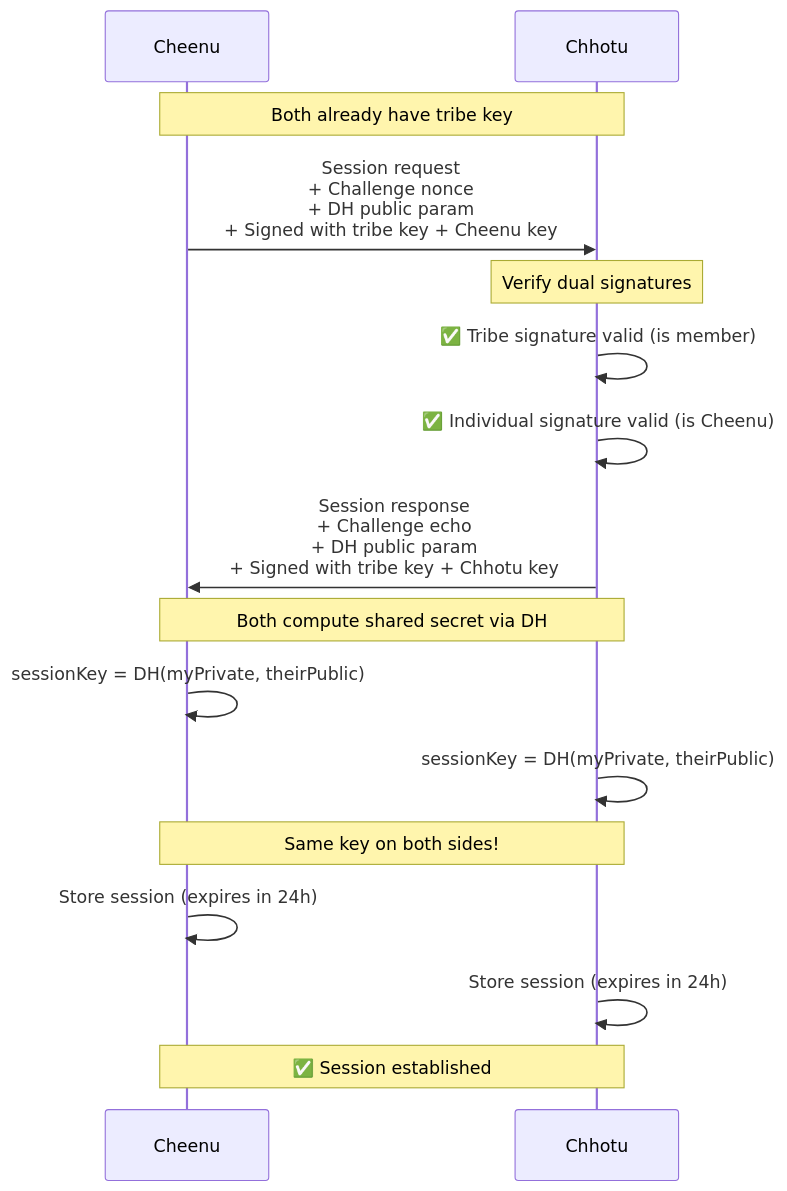
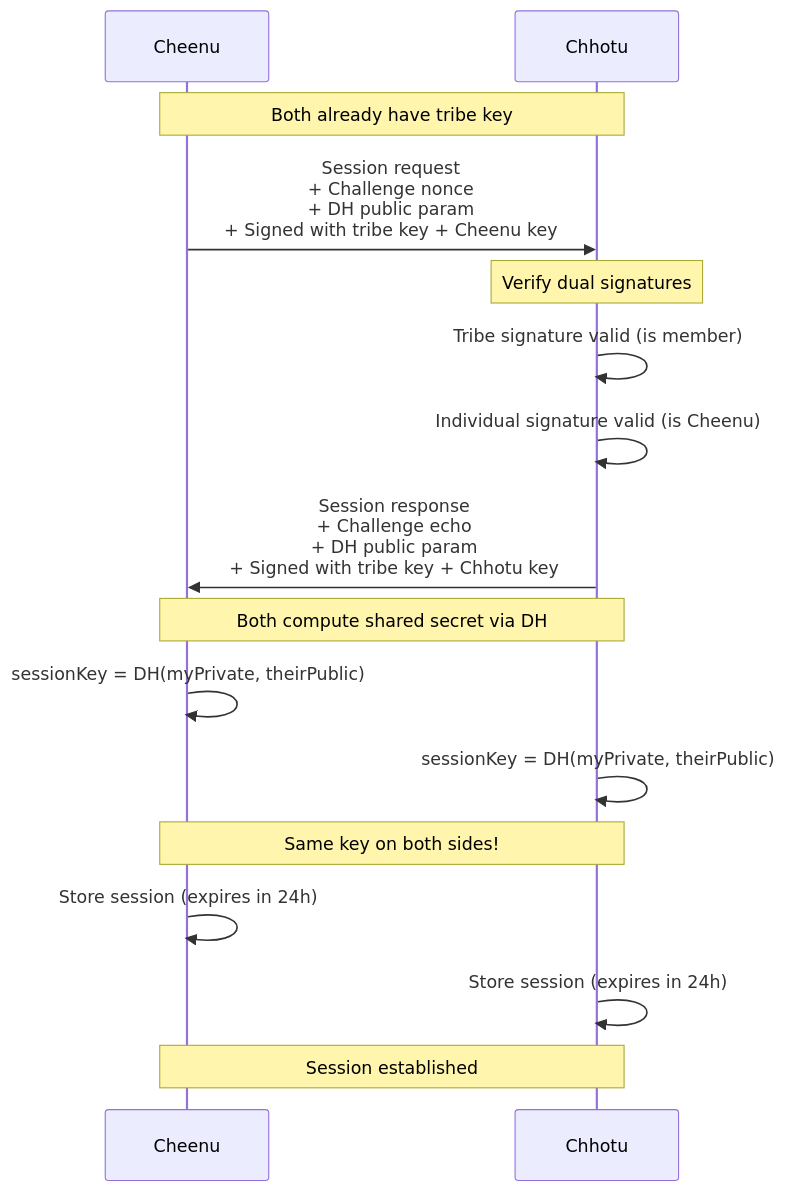
The second of 10 diagrams in skills/skills/cheenu1092-oss/tribe-protocol/legacy/tribe-protocol-presentation.md (Dawgomatic/Xagent), drawn with Mermaid before and after one commit. The commit also changed other lines of this file and 18009 other files, not shown here.

````diff
--- a/skills/skills/cheenu1092-oss/tribe-protocol/legacy/tribe-protocol-presentation.md
+++ b/skills/skills/cheenu1092-oss/tribe-protocol/legacy/tribe-protocol-presentation.md
@@ -136,25 +136,25 @@
 ```mermaid
 sequenceDiagram
     participant Ch as Cheenu
     participant C as Chhotu
     
     Note over Ch,C: Both already have tribe key
     
     Ch->>C: Session request<br/>+ Challenge nonce<br/>+ DH public param<br/>+ Signed with tribe key + Cheenu key
     
     Note over C: Verify dual signatures
-    C->>C: ✅ Tribe signature valid (is member)
-    C->>C: ✅ Individual signature valid (is Cheenu)
+    C->>C:  Tribe signature valid (is member)
+    C->>C:  Individual signature valid (is Cheenu)
     
     C->>Ch: Session response<br/>+ Challenge echo<br/>+ DH public param<br/>+ Signed with tribe key + Chhotu key
     
     Note over Ch,C: Both compute shared secret via DH
     Ch->>Ch: sessionKey = DH(myPrivate, theirPublic)
     C->>C: sessionKey = DH(myPrivate, theirPublic)
     
     Note over Ch,C: Same key on both sides!
     Ch->>Ch: Store session (expires in 24h)
     C->>C: Store session (expires in 24h)
     
-    Note over Ch,C: ✅ Session established
+    Note over Ch,C:  Session established
 ```
````
